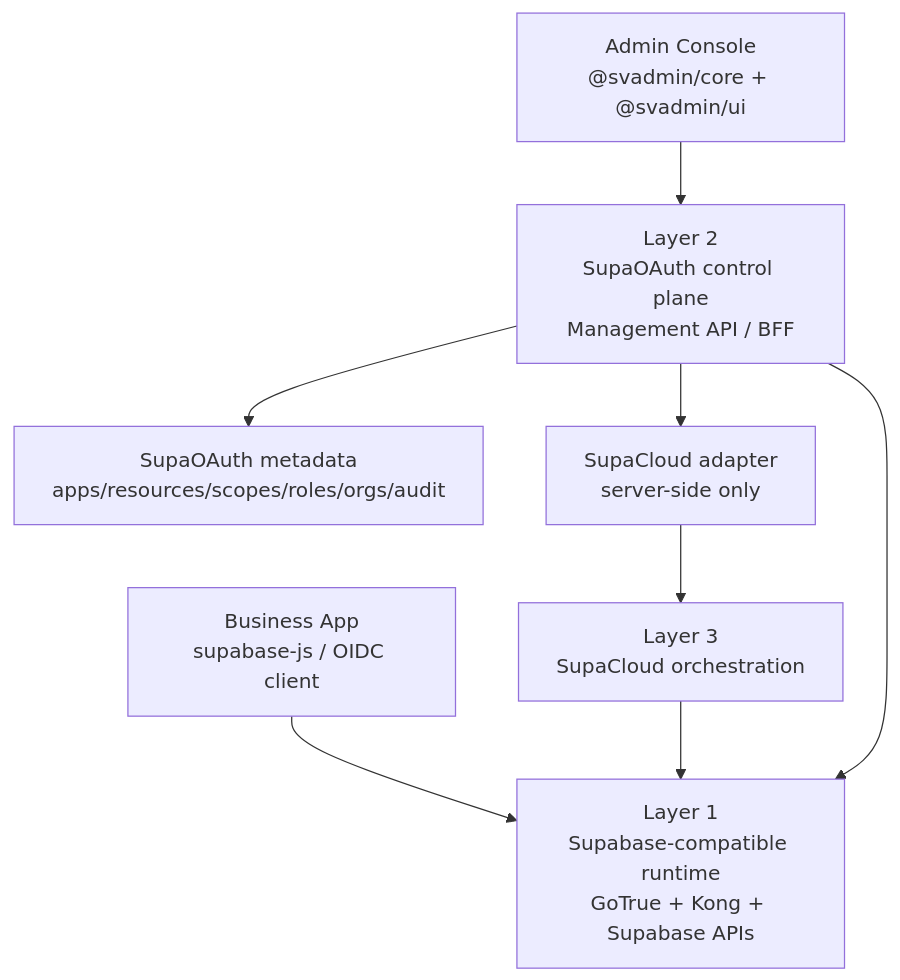
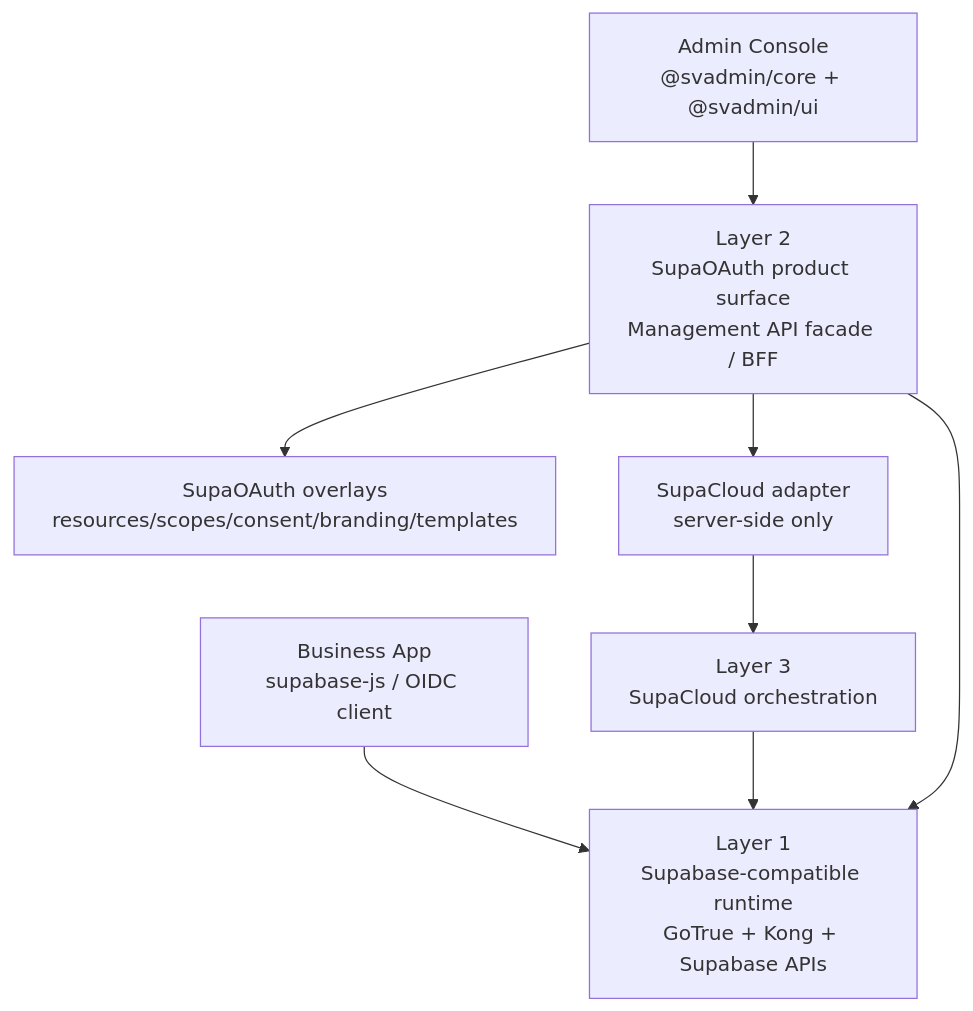
One commit to vibeunion/supauth changed the diagram in docs/architecture.md. Above: the diagram before and after it, drawn with Mermaid. The commit also changed other lines of this file and 83 other files, not shown here.

````diff
--- a/docs/architecture.md
+++ b/docs/architecture.md
@@ -126,18 +137,18 @@
 ```mermaid
 flowchart TB
   App["Business App<br/>supabase-js / OIDC client"]
   Runtime["Layer 1<br/>Supabase-compatible runtime<br/>GoTrue + Kong + Supabase APIs"]
   Console["Admin Console<br/>@svadmin/core + @svadmin/ui"]
-  Control["Layer 2<br/>SupaOAuth control plane<br/>Management API / BFF"]
-  Metadata["SupaOAuth metadata<br/>apps/resources/scopes/roles/orgs/audit"]
+  Control["Layer 2<br/>SupaOAuth product surface<br/>Management API facade / BFF"]
+  Metadata["SupaOAuth overlays<br/>resources/scopes/consent/branding/templates"]
   Adapter["SupaCloud adapter<br/>server-side only"]
   Orchestration["Layer 3<br/>SupaCloud orchestration"]
 
   App --> Runtime
   Console --> Control
   Control --> Metadata
   Control --> Adapter
   Adapter --> Orchestration
   Orchestration --> Runtime
   Control --> Runtime
 ```
````
